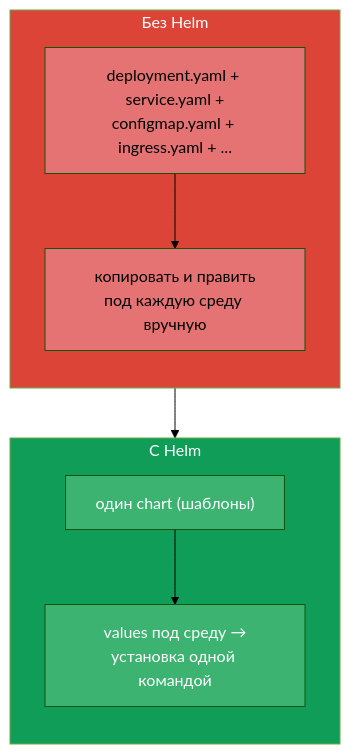
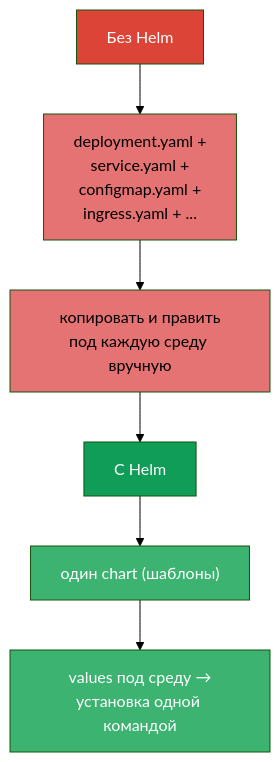
One commit to ViktorUJ/cks changed the first of 6 diagrams in tasks/cka/course/42/ru.md. Above: the diagram before and after it, drawn with Mermaid (forest theme). The commit also changed other lines of this file and 30 other files, not shown here.

````diff
--- a/tasks/cka/course/42/ru.md
+++ b/tasks/cka/course/42/ru.md
@@ -17,18 +17,18 @@
 ```mermaid
 flowchart TB
-    subgraph Without["Без Helm"]
-        direction TB
-        w1["deployment.yaml + service.yaml +<br>configmap.yaml + ingress.yaml + ..."] --> w2["копировать и править<br>под каждую среду вручную"]
-    end
-    subgraph With["С Helm"]
-        direction TB
-        h1["один chart (шаблоны)"] --> h2["values под среду →<br>установка одной командой"]
-    end
-    Without --> With
-    style Without fill:#db4437,color:#fff
-    style With fill:#0f9d58,color:#fff
+    noh["Без Helm"]
+    noh --> w1["deployment.yaml +<br>service.yaml +<br>configmap.yaml +<br>ingress.yaml + ..."]
+    w1 --> w2["копировать и править<br>под каждую среду вручную"]
+
+    yesh["С Helm"]
+    yesh --> h1["один chart (шаблоны)"]
+    h1 --> h2["values под среду →<br>установка одной командой"]
+
+    w2 --> yesh
+    style noh fill:#db4437,color:#fff
+    style yesh fill:#0f9d58,color:#fff
     style w1 fill:#e57373,color:#000
     style w2 fill:#e57373,color:#000
     style h1 fill:#3cb371,color:#fff
     style h2 fill:#3cb371,color:#fff
 ```
````
